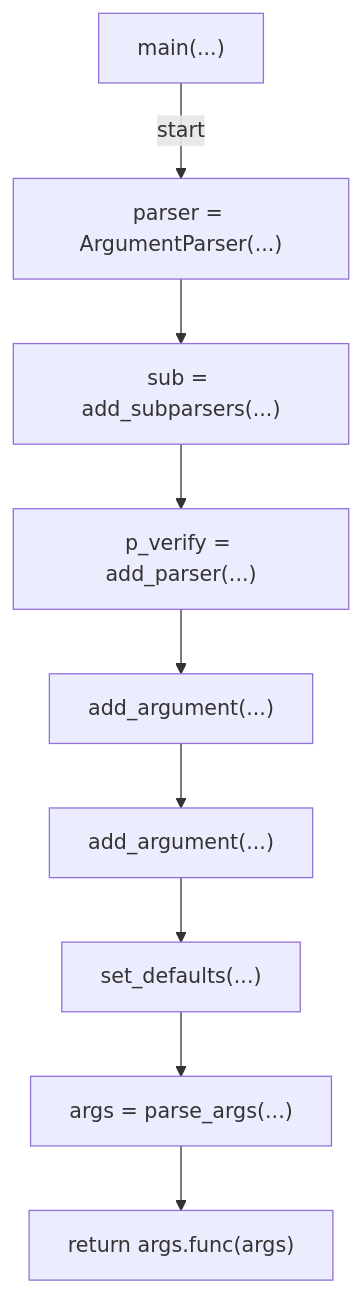
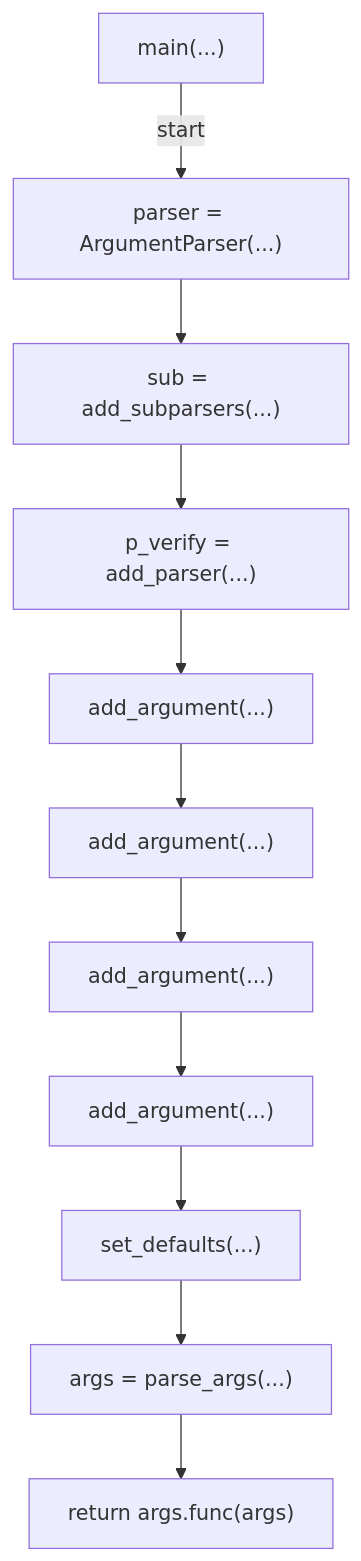
Before and after one commit to tvna/claude-md: the ninth of 9 diagrams in docs/generated/scripts/ast/dependabot_labels.md, drawn with Mermaid. The commit also changed other lines of this file and 3 other files, not shown here.

First line of the commit message:
docs(generated): regenerate decision tree and workflow diagrams (#2486)

````diff
--- a/docs/generated/scripts/ast/dependabot_labels.md
+++ b/docs/generated/scripts/ast/dependabot_labels.md
@@ -136,20 +160,24 @@
 ```mermaid
 flowchart TD
     N001["main(...)"]
     N002["parser = ArgumentParser(...)"]
     N003["sub = add_subparsers(...)"]
     N004["p_verify = add_parser(...)"]
     N005["add_argument(...)"]
     N006["add_argument(...)"]
-    N007["set_defaults(...)"]
-    N008["args = parse_args(...)"]
-    N009["return args.func(args)"]
+    N007["add_argument(...)"]
+    N008["add_argument(...)"]
+    N009["set_defaults(...)"]
+    N010["args = parse_args(...)"]
+    N011["return args.func(args)"]
     N001 -->|"start"| N002
     N002 --> N003
     N003 --> N004
     N004 --> N005
     N005 --> N006
     N006 --> N007
     N007 --> N008
     N008 --> N009
+    N009 --> N010
+    N010 --> N011
 ```
````
